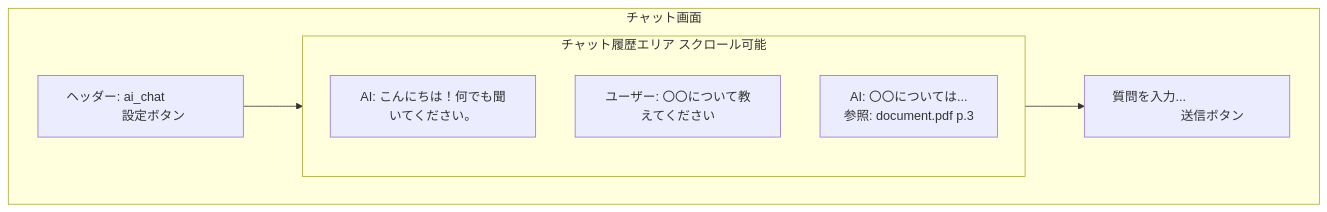
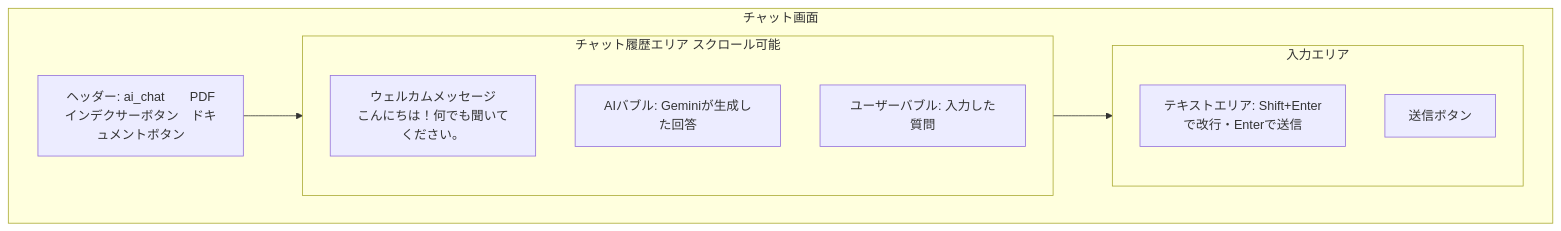
The first of 3 diagrams in docs/design/ui_design.md (redmine54/ai_chat), drawn with Mermaid before and after one commit. The commit also changed other lines of this file and 9 other files, not shown here.

````diff
--- a/docs/design/ui_design.md
+++ b/docs/design/ui_design.md
@@ -20,15 +20,18 @@
 ```mermaid
 graph TD
     subgraph SCR001[チャット画面]
-        Header[ヘッダー: ai_chat　　　　　　設定ボタン]
+        Header[ヘッダー: ai_chat　　PDFインデクサーボタン　ドキュメントボタン]
         subgraph History[チャット履歴エリア スクロール可能]
-            AI1[AI: こんにちは！何でも聞いてください。]
-            User1[ユーザー: 〇〇について教えてください]
-            AI2[AI: 〇〇については...\n参照: document.pdf p.3]
+            Welcome[ウェルカムメッセージ\nこんにちは！何でも聞いてください。]
+            AI1[AIバブル: Geminiが生成した回答]
+            User1[ユーザーバブル: 入力した質問]
         end
-        Input[質問を入力...　　　　　　　　　　送信ボタン]
+        subgraph InputArea[入力エリア]
+            Input[テキストエリア: Shift+Enterで改行・Enterで送信]
+            SendBtn[送信ボタン]
+        end
     end
 
     Header --> History
-    History --> Input
+    History --> InputArea
 ```
````
